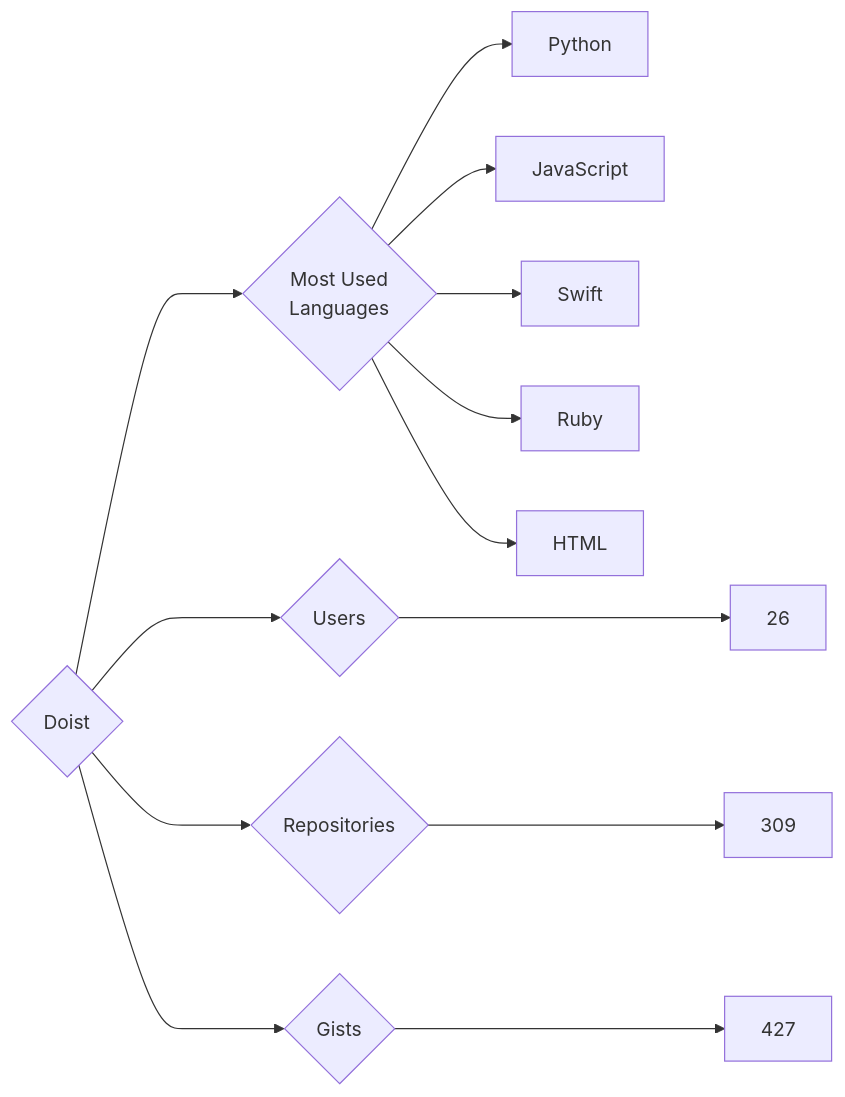
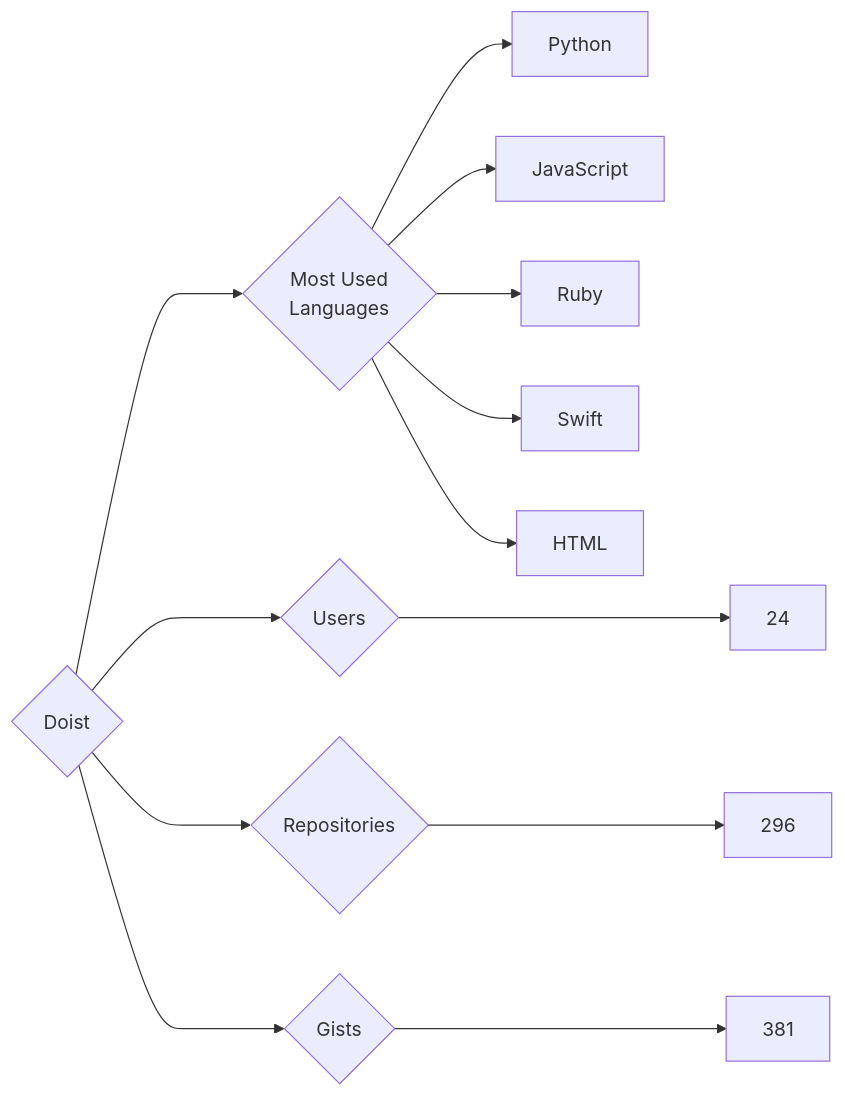
One commit to trickest/insiders changed the diagram in targets/Doist/README.md. Above: the diagram before and after it, drawn with Mermaid. The commit also changed 838 other files, not shown here.

````diff
--- a/targets/Doist/README.md
+++ b/targets/Doist/README.md
@@ -3,13 +3,13 @@
 ```mermaid
 graph LR
 COMPANY_NAME{Doist}
-COMPANY_NAME ---> U{Users} ---> UN[26]
-COMPANY_NAME ---> R{Repositories} ---> RN[309]
-COMPANY_NAME ---> G{Gists} ---> GN[427]
+COMPANY_NAME ---> U{Users} ---> UN[24]
+COMPANY_NAME ---> R{Repositories} ---> RN[296]
+COMPANY_NAME ---> G{Gists} ---> GN[381]
 COMPANY_NAME ---> ML{Most Used<br>Languages}
 ML --> Python[Python]
 ML --> JavaScript[JavaScript]
+ML --> Ruby[Ruby]
 ML --> Swift[Swift]
-ML --> Ruby[Ruby]
 ML --> HTML[HTML]
 ```
````
